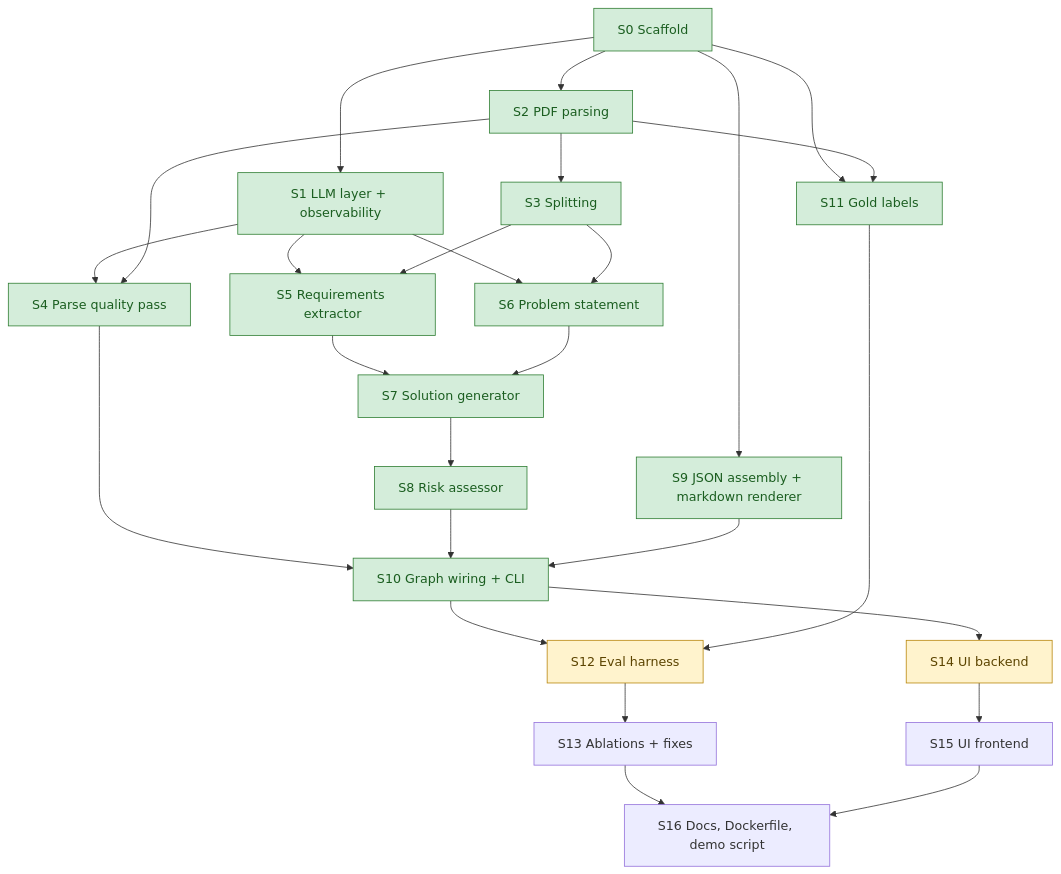
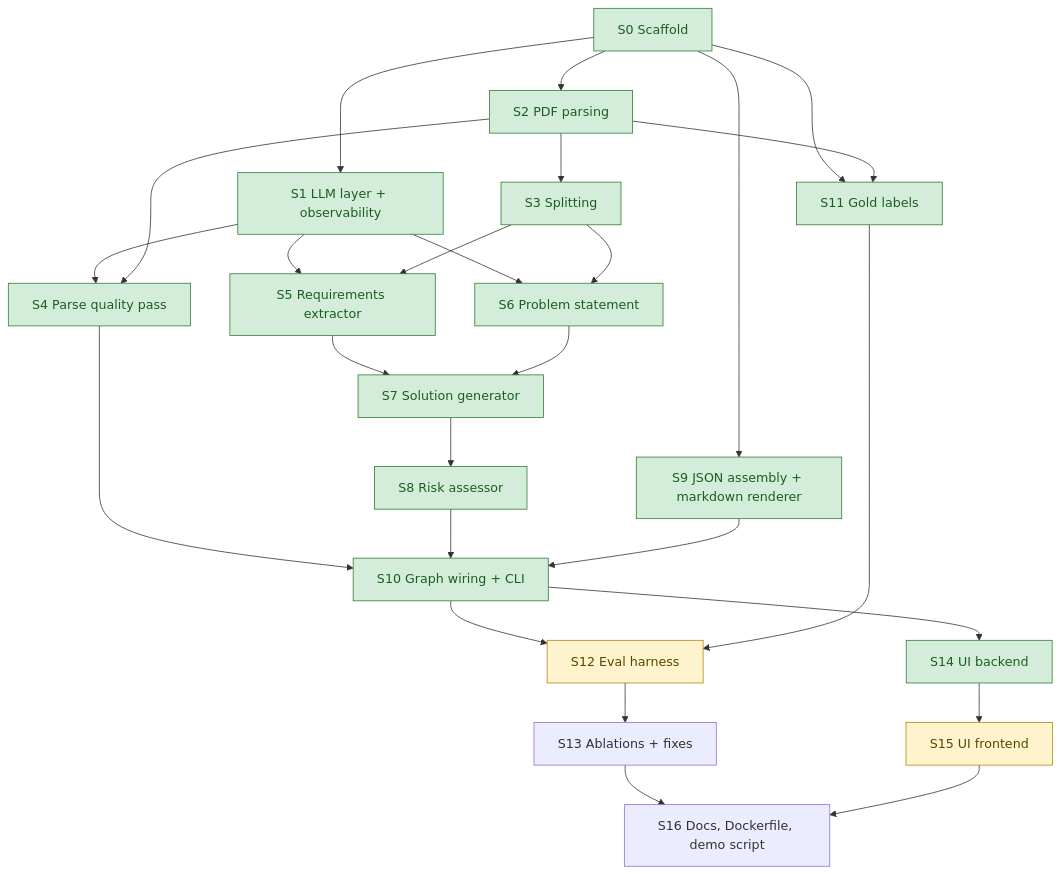
Before and after one commit to lofeodo/rfp-solution-summary-generator: the second of 2 diagrams in docs/ROADMAP.md, drawn with Mermaid. The commit also changed other lines of this file and 5 other files, not shown here.

Commit message:
S14: API contract, README UI section, roadmap done, D35, assumptions, time log

````diff
--- a/docs/ROADMAP.md
+++ b/docs/ROADMAP.md
@@ -82,33 +82,33 @@
 ```mermaid
 flowchart TD
     S0[S0 Scaffold] --> S1[S1 LLM layer + observability]
     S0 --> S2[S2 PDF parsing]
     S0 --> S9[S9 JSON assembly + markdown renderer]
     S0 --> S11[S11 Gold labels]
     S2 --> S3[S3 Splitting]
     S1 --> S4[S4 Parse quality pass]
     S2 --> S4
     S1 --> S5[S5 Requirements extractor]
     S3 --> S5
     S1 --> S6[S6 Problem statement]
     S3 --> S6
     S5 --> S7[S7 Solution generator]
     S6 --> S7
     S7 --> S8[S8 Risk assessor]
     S4 --> S10[S10 Graph wiring + CLI]
     S8 --> S10
     S9 --> S10
     S2 --> S11
     S10 --> S12[S12 Eval harness]
     S11 --> S12
     S12 --> S13[S13 Ablations + fixes]
     S10 --> S14[S14 UI backend]
     S14 --> S15[S15 UI frontend]
     S13 --> S16[S16 Docs, Dockerfile, demo script]
     S15 --> S16
 
     classDef done fill:#d4edda,stroke:#2e7d32,color:#1b5e20
     classDef ready fill:#fff3cd,stroke:#b8860b,color:#5c4400
-    class S0,S1,S2,S3,S4,S5,S6,S7,S8,S9,S10,S11 done
-    class S12,S14 ready
+    class S0,S1,S2,S3,S4,S5,S6,S7,S8,S9,S10,S11,S14 done
+    class S12,S15 ready
 ```
````
